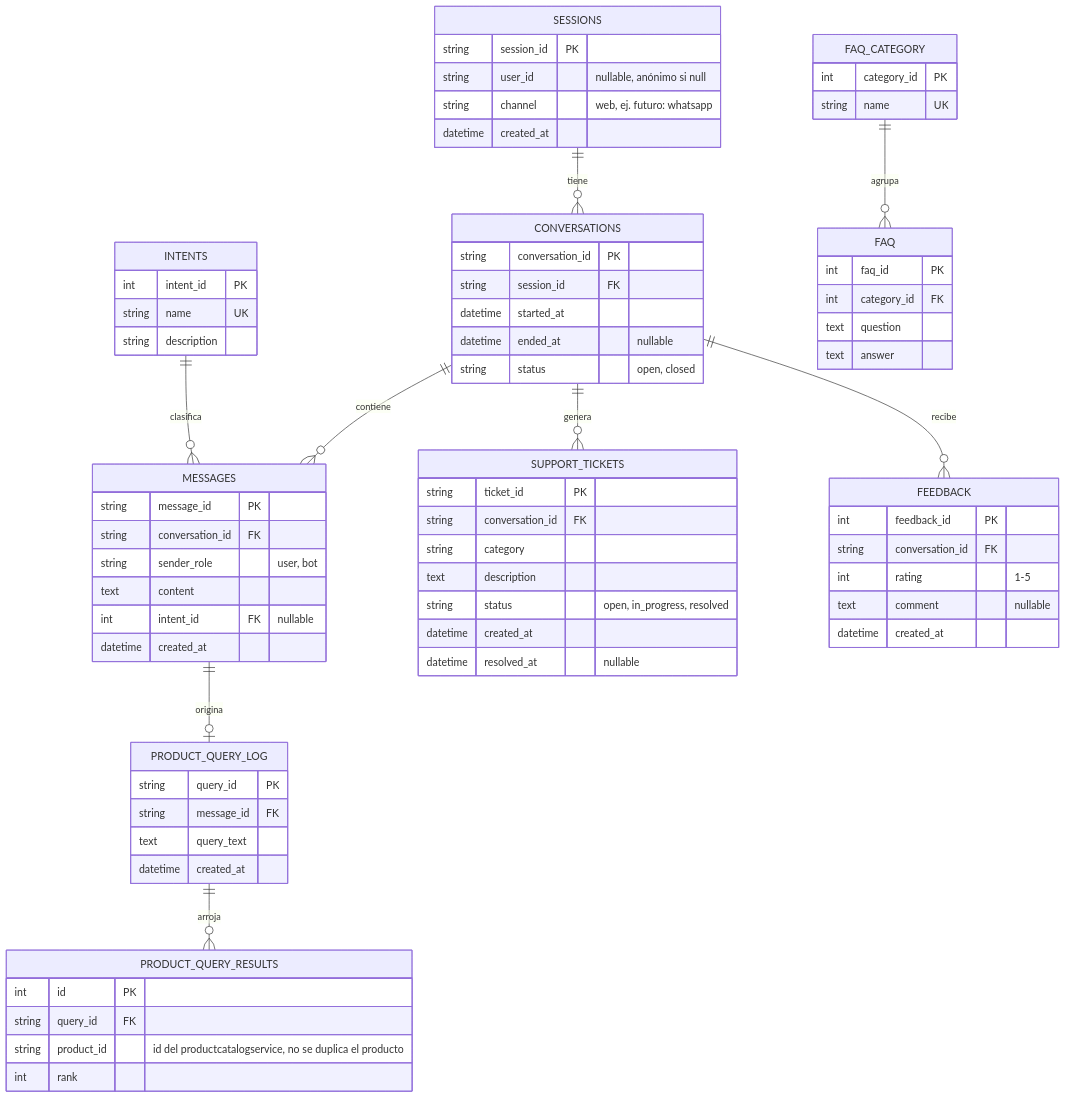
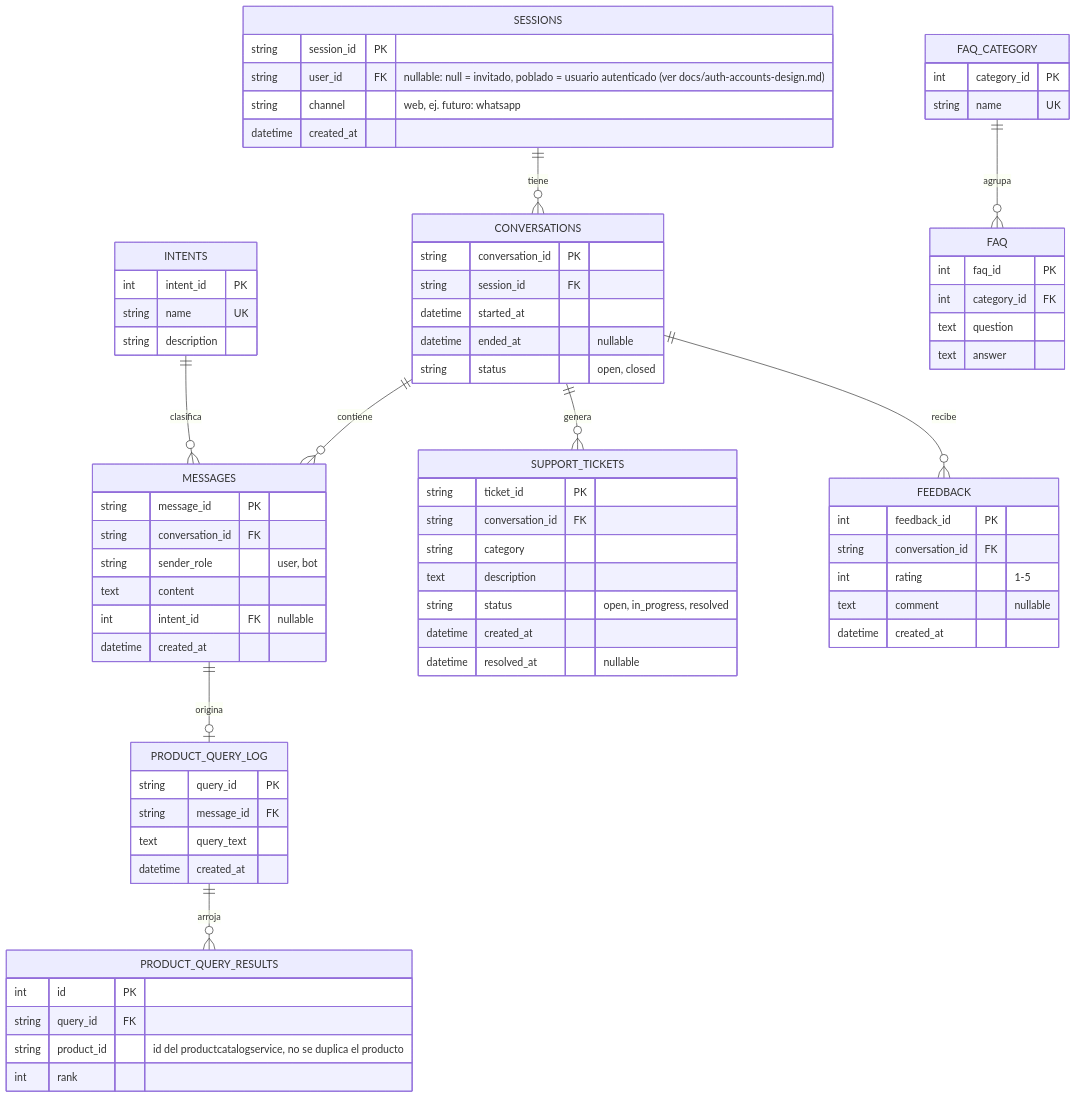
One commit to JaobSandoval/online-boutique changed the second of 2 diagrams in docs/chatbot-support-design.md. Above: the diagram before and after it, drawn with Mermaid. The commit also changed other lines of this file, not shown here.

Commit message:
Link chatbot session model to the new accounts/auth epic

````diff
--- a/docs/chatbot-support-design.md
+++ b/docs/chatbot-support-design.md
@@ -78,76 +82,76 @@
 ```mermaid
 erDiagram
     SESSIONS ||--o{ CONVERSATIONS : tiene
     CONVERSATIONS ||--o{ MESSAGES : contiene
     CONVERSATIONS ||--o{ SUPPORT_TICKETS : genera
     CONVERSATIONS ||--o{ FEEDBACK : recibe
     MESSAGES ||--o| PRODUCT_QUERY_LOG : origina
     PRODUCT_QUERY_LOG ||--o{ PRODUCT_QUERY_RESULTS : arroja
     INTENTS ||--o{ MESSAGES : clasifica
     FAQ_CATEGORY ||--o{ FAQ : agrupa
 
     SESSIONS {
         string session_id PK
-        string user_id "nullable, anónimo si null"
+        string user_id FK "nullable: null = invitado, poblado = usuario autenticado (ver docs/auth-accounts-design.md)"
         string channel "web, ej. futuro: whatsapp"
         datetime created_at
     }
     CONVERSATIONS {
         string conversation_id PK
         string session_id FK
         datetime started_at
         datetime ended_at "nullable"
         string status "open, closed"
     }
     MESSAGES {
         string message_id PK
         string conversation_id FK
         string sender_role "user, bot"
         text content
         int intent_id FK "nullable"
         datetime created_at
     }
     INTENTS {
         int intent_id PK
         string name UK
         string description
     }
     PRODUCT_QUERY_LOG {
         string query_id PK
         string message_id FK
         text query_text
         datetime created_at
     }
     PRODUCT_QUERY_RESULTS {
         int id PK
         string query_id FK
         string product_id "id del productcatalogservice, no se duplica el producto"
         int rank
     }
     FAQ_CATEGORY {
         int category_id PK
         string name UK
     }
     FAQ {
         int faq_id PK
         int category_id FK
         text question
         text answer
     }
     SUPPORT_TICKETS {
         string ticket_id PK
         string conversation_id FK
         string category
         text description
         string status "open, in_progress, resolved"
         datetime created_at
         datetime resolved_at "nullable"
     }
     FEEDBACK {
         int feedback_id PK
         string conversation_id FK
         int rating "1-5"
         text comment "nullable"
         datetime created_at
     }
 ```
````
